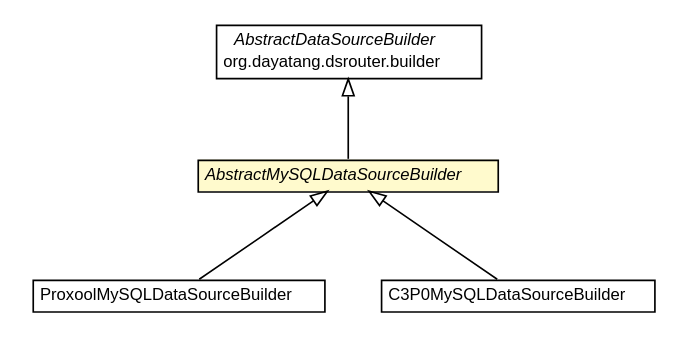
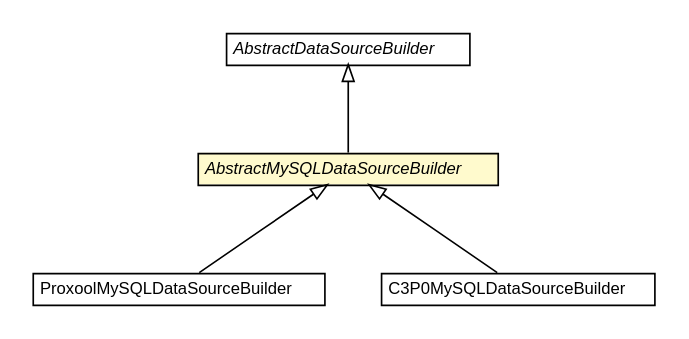
The diagram in dddlib-datasource-router/apidocs/org/dayatang/dsrouter/builder/mysql/AbstractMySQLDataSourceBuilder.dot (dayatang/dddlib), drawn with Graphviz before and after one commit. The commit also changed 269 other files, not shown here.

```diff
--- a/dddlib-datasource-router/apidocs/org/dayatang/dsrouter/builder/mysql/AbstractMySQLDataSourceBuilder.dot
+++ b/dddlib-datasource-router/apidocs/org/dayatang/dsrouter/builder/mysql/AbstractMySQLDataSourceBuilder.dot
@@ -1,43 +1,42 @@
 #!/usr/local/bin/dot
 #
 # Class diagram 
 # Generated by UMLGraph version R5_6_6-8-g8d7759 (http://www.umlgraph.org/)
 #
 
 digraph G {
 	edge [fontname="Helvetica",fontsize=10,labelfontname="Helvetica",labelfontsize=10];
 	node [fontname="Helvetica",fontsize=10,shape=plaintext];
 	nodesep=0.25;
 	ranksep=0.5;
 	// org.dayatang.dsrouter.builder.AbstractDataSourceBuilder
-	c162 [label=<<table title="org.dayatang.dsrouter.builder.AbstractDataSourceBuilder" border="0" cellborder="1" cellspacing="0" cellpadding="2" port="p" href="../AbstractDataSourceBuilder.html">
+	c153 [label=<<table title="org.dayatang.dsrouter.builder.AbstractDataSourceBuilder" border="0" cellborder="1" cellspacing="0" cellpadding="2" port="p" href="../AbstractDataSourceBuilder.html">
 		<tr><td><table border="0" cellspacing="0" cellpadding="1">
 <tr><td align="center" balign="center"><font face="Helvetica-Oblique"> AbstractDataSourceBuilder </font></td></tr>
-<tr><td align="center" balign="center"> org.dayatang.dsrouter.builder </td></tr>
 		</table></td></tr>
 		</table>>, URL="../AbstractDataSourceBuilder.html", fontname="Helvetica", fontcolor="black", fontsize=10.0];
 	// org.dayatang.dsrouter.builder.mysql.ProxoolMySQLDataSourceBuilder
-	c163 [label=<<table title="org.dayatang.dsrouter.builder.mysql.ProxoolMySQLDataSourceBuilder" border="0" cellborder="1" cellspacing="0" cellpadding="2" port="p" href="./ProxoolMySQLDataSourceBuilder.html">
+	c154 [label=<<table title="org.dayatang.dsrouter.builder.mysql.ProxoolMySQLDataSourceBuilder" border="0" cellborder="1" cellspacing="0" cellpadding="2" port="p" href="./ProxoolMySQLDataSourceBuilder.html">
 		<tr><td><table border="0" cellspacing="0" cellpadding="1">
 <tr><td align="center" balign="center"> ProxoolMySQLDataSourceBuilder </td></tr>
 		</table></td></tr>
 		</table>>, URL="./ProxoolMySQLDataSourceBuilder.html", fontname="Helvetica", fontcolor="black", fontsize=10.0];
 	// org.dayatang.dsrouter.builder.mysql.C3P0MySQLDataSourceBuilder
-	c164 [label=<<table title="org.dayatang.dsrouter.builder.mysql.C3P0MySQLDataSourceBuilder" border="0" cellborder="1" cellspacing="0" cellpadding="2" port="p" href="./C3P0MySQLDataSourceBuilder.html">
+	c155 [label=<<table title="org.dayatang.dsrouter.builder.mysql.C3P0MySQLDataSourceBuilder" border="0" cellborder="1" cellspacing="0" cellpadding="2" port="p" href="./C3P0MySQLDataSourceBuilder.html">
 		<tr><td><table border="0" cellspacing="0" cellpadding="1">
 <tr><td align="center" balign="center"> C3P0MySQLDataSourceBuilder </td></tr>
 		</table></td></tr>
 		</table>>, URL="./C3P0MySQLDataSourceBuilder.html", fontname="Helvetica", fontcolor="black", fontsize=10.0];
 	// org.dayatang.dsrouter.builder.mysql.AbstractMySQLDataSourceBuilder
-	c165 [label=<<table title="org.dayatang.dsrouter.builder.mysql.AbstractMySQLDataSourceBuilder" border="0" cellborder="1" cellspacing="0" cellpadding="2" port="p" bgcolor="lemonChiffon" href="./AbstractMySQLDataSourceBuilder.html">
+	c156 [label=<<table title="org.dayatang.dsrouter.builder.mysql.AbstractMySQLDataSourceBuilder" border="0" cellborder="1" cellspacing="0" cellpadding="2" port="p" bgcolor="lemonChiffon" href="./AbstractMySQLDataSourceBuilder.html">
 		<tr><td><table border="0" cellspacing="0" cellpadding="1">
 <tr><td align="center" balign="center"><font face="Helvetica-Oblique"> AbstractMySQLDataSourceBuilder </font></td></tr>
 		</table></td></tr>
 		</table>>, URL="./AbstractMySQLDataSourceBuilder.html", fontname="Helvetica", fontcolor="black", fontsize=10.0];
 	//org.dayatang.dsrouter.builder.mysql.ProxoolMySQLDataSourceBuilder extends org.dayatang.dsrouter.builder.mysql.AbstractMySQLDataSourceBuilder
-	c165:p -> c163:p [dir=back,arrowtail=empty];
+	c156:p -> c154:p [dir=back,arrowtail=empty];
 	//org.dayatang.dsrouter.builder.mysql.C3P0MySQLDataSourceBuilder extends org.dayatang.dsrouter.builder.mysql.AbstractMySQLDataSourceBuilder
-	c165:p -> c164:p [dir=back,arrowtail=empty];
+	c156:p -> c155:p [dir=back,arrowtail=empty];
 	//org.dayatang.dsrouter.builder.mysql.AbstractMySQLDataSourceBuilder extends org.dayatang.dsrouter.builder.AbstractDataSourceBuilder
-	c162:p -> c165:p [dir=back,arrowtail=empty];
+	c153:p -> c156:p [dir=back,arrowtail=empty];
 }
```
